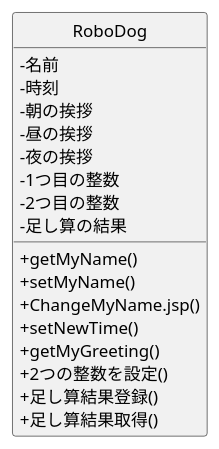
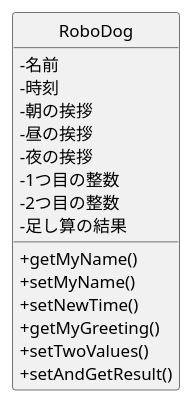
The diagram in 06_robo_dog/class.pu (takano1228/ohara_uml), drawn with PlantUML before and after one commit. The commit also changed 2 other files, not shown here.

```diff
--- a/06_robo_dog/class.pu
+++ b/06_robo_dog/class.pu
@@ -1,25 +1,23 @@
 @startuml Robodogクラス図
 skinparam classAttributeIconSize 0
 hide circle
-
+ 
 class RoboDog {
- -名前
- -時刻
- -朝の挨拶
- -昼の挨拶
- -夜の挨拶
- -1つ目の整数
- -2つ目の整数
- -足し算の結果
-
- +getMyName()
- +setMyName()
- +ChangeMyName.jsp()
- +setNewTime()
- +getMyGreeting()
- +2つの整数を設定()
- +足し算結果登録()
- +足し算結果取得()
+-名前
+-時刻
+-朝の挨拶
+-昼の挨拶
+-夜の挨拶
+-1つ目の整数
+-2つ目の整数
+-足し算の結果
+ 
++getMyName()
++setMyName()
++setNewTime()
++getMyGreeting()
++setTwoValues()
++setAndGetResult()
 }
-
+ 
 @enduml
```
